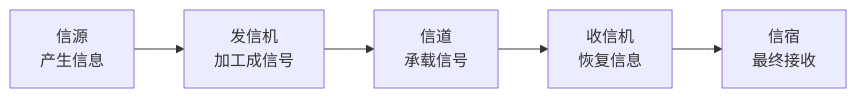
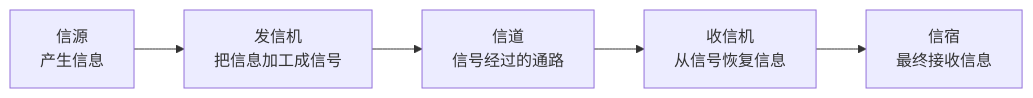
One commit to 74262195/system-architect-notes changed the diagram in 01_综合知识/01_计算机系统基础知识/03_计算机网络/02_数据通信与交换/数据通信基本模型与信道.md. Above: the diagram before and after it, drawn with Mermaid. The commit also changed other lines of this file, not shown here.

````diff
--- a/01_综合知识/01_计算机系统基础知识/03_计算机网络/02_数据通信与交换/数据通信基本模型与信道.md
+++ b/01_综合知识/01_计算机系统基础知识/03_计算机网络/02_数据通信与交换/数据通信基本模型与信道.md
@@ -48,7 +50,7 @@
 ```mermaid
 flowchart LR
-  A[信源<br/>产生信息] --> B[发信机<br/>加工成信号]
-  B --> C[信道<br/>承载信号]
-  C --> D[收信机<br/>恢复信息]
-  D --> E[信宿<br/>最终接收]
+  A[信源<br/>产生信息] --> B[发信机<br/>把信息加工成信号]
+  B --> C[信道<br/>信号经过的通路]
+  C --> D[收信机<br/>从信号恢复信息]
+  D --> E[信宿<br/>最终接收信息]
 ```
````
